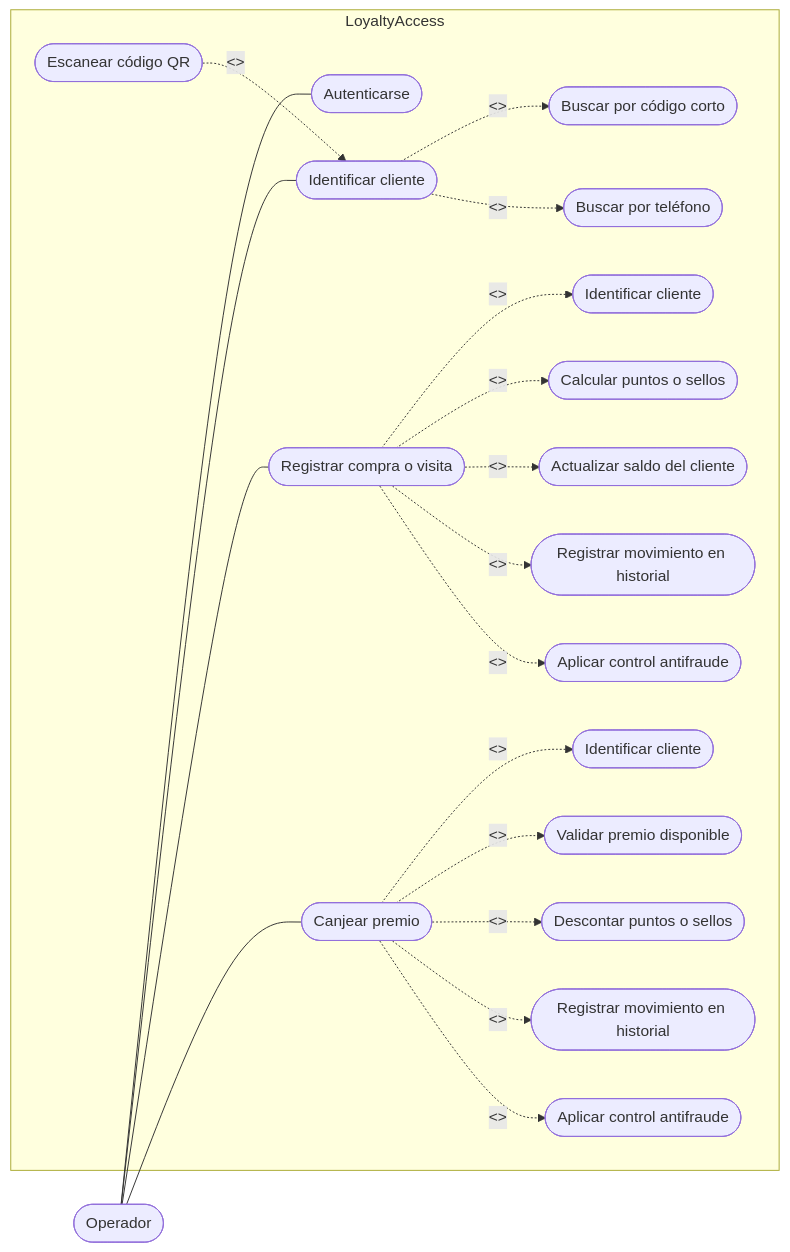
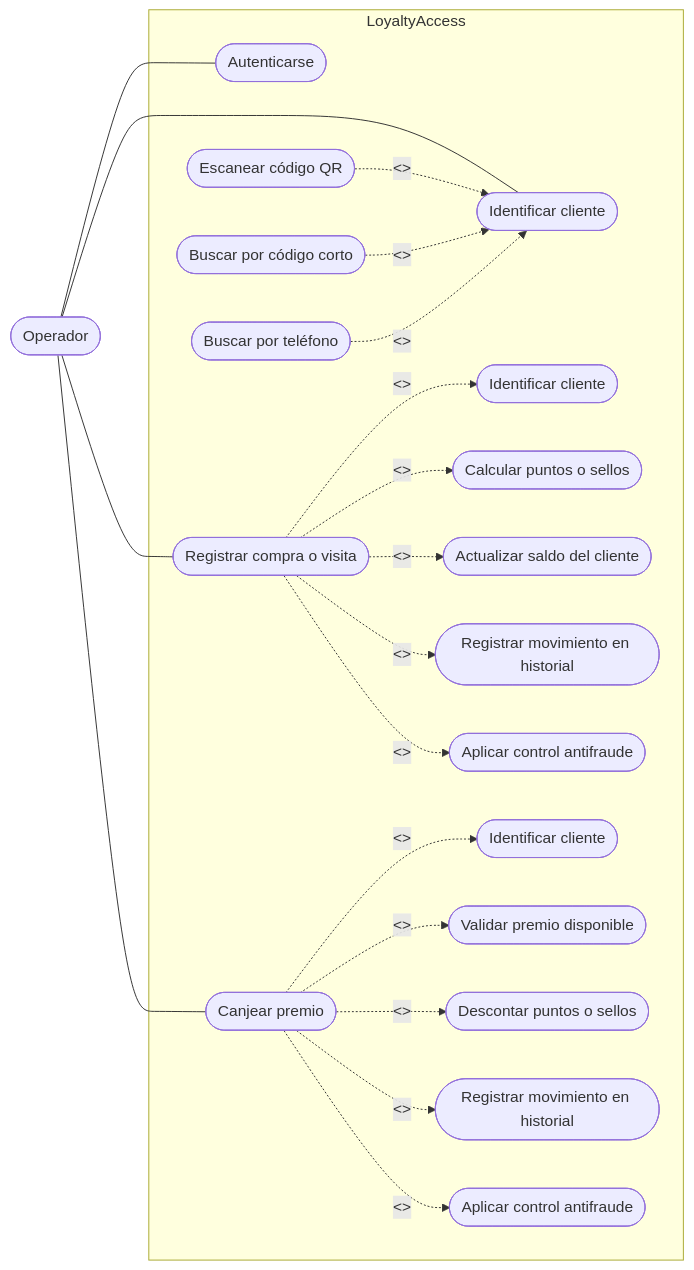
One commit to Salazarbru/loyaltyaccess changed the second of 4 diagrams in docs/artefactos/casos de uso.md. Above: the diagram before and after it, drawn with Mermaid. The commit also changed other lines of this file and 10 other files, not shown here.

````diff
--- a/docs/artefactos/casos de uso.md
+++ b/docs/artefactos/casos de uso.md
@@ -47,45 +47,45 @@
 ```mermaid
 flowchart LR
     Operador(["Operador"])
 
     subgraph LoyaltyAccess
         UC1(["Autenticarse"])
         UC2(["Identificar cliente"])
         UC3(["Registrar compra o visita"])
         UC4(["Canjear premio"])
         UC2a(["Escanear código QR"])
         UC2b(["Buscar por código corto"])
         UC2c(["Buscar por teléfono"])
         UC3a(["Identificar cliente "])
         UC3b(["Calcular puntos o sellos"])
         UC3c(["Actualizar saldo del cliente"])
         UC3d(["Registrar movimiento en historial"])
         UC3e(["Aplicar control antifraude"])
         UC4a(["Identificar cliente  "])
         UC4b(["Validar premio disponible"])
         UC4c(["Descontar puntos o sellos"])
         UC4d(["Registrar movimiento en historial "])
         UC4e(["Aplicar control antifraude "])
     end
 
     Operador --- UC1
     Operador --- UC2
     Operador --- UC3
     Operador --- UC4
 
     UC2a -. "<<extend>>" .-> UC2
-    UC2 -. "<<include>>" .-> UC2b
-    UC2 -. "<<include>>" .-> UC2c
+    UC2b -. "<<extend>>" .-> UC2
+    UC2c -. "<<extend>>" .-> UC2
 
     UC3 -. "<<include>>" .-> UC3a
     UC3 -. "<<include>>" .-> UC3b
     UC3 -. "<<include>>" .-> UC3c
     UC3 -. "<<include>>" .-> UC3d
     UC3 -. "<<include>>" .-> UC3e
 
     UC4 -. "<<include>>" .-> UC4a
     UC4 -. "<<include>>" .-> UC4b
     UC4 -. "<<include>>" .-> UC4c
     UC4 -. "<<include>>" .-> UC4d
     UC4 -. "<<include>>" .-> UC4e
 ```
````
